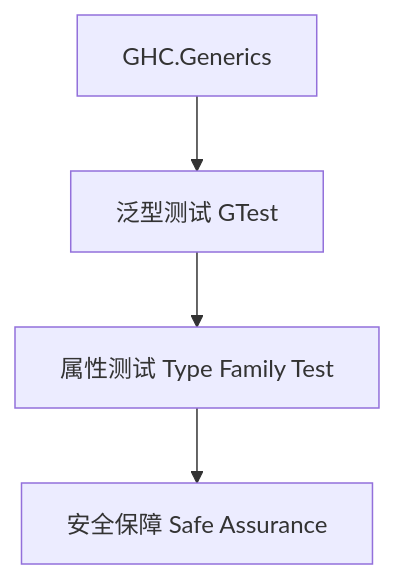
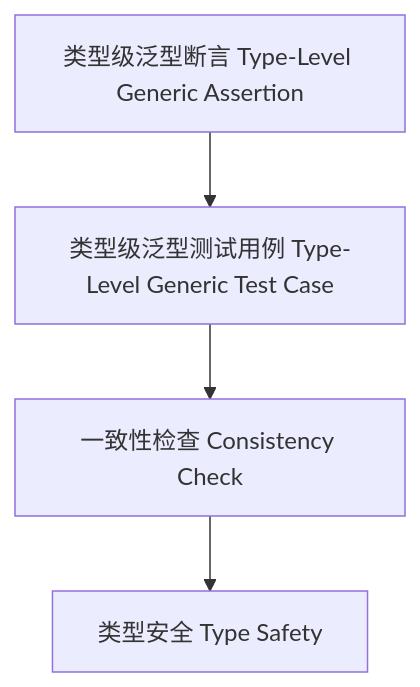
The diagram in docs/analysis/Type/01-Type-Level-Generic-Testing.md (AdaMartin18010/haskell), drawn with Mermaid before and after one commit. The commit also changed other lines of this file and 11 other files, not shown here.

````diff
--- a/docs/analysis/Type/01-Type-Level-Generic-Testing.md
+++ b/docs/analysis/Type/01-Type-Level-Generic-Testing.md
@@ -68,6 +73,6 @@
 ```mermaid
 graph TD
-  A[GHC.Generics] --> B[泛型测试 GTest]
-  B --> C[属性测试 Type Family Test]
-  C --> D[安全保障 Safe Assurance]
+  A[类型级泛型断言 Type-Level Generic Assertion] --> B[类型级泛型测试用例 Type-Level Generic Test Case]
+  B --> C[一致性检查 Consistency Check]
+  C --> D[类型安全 Type Safety]
 ```
````
